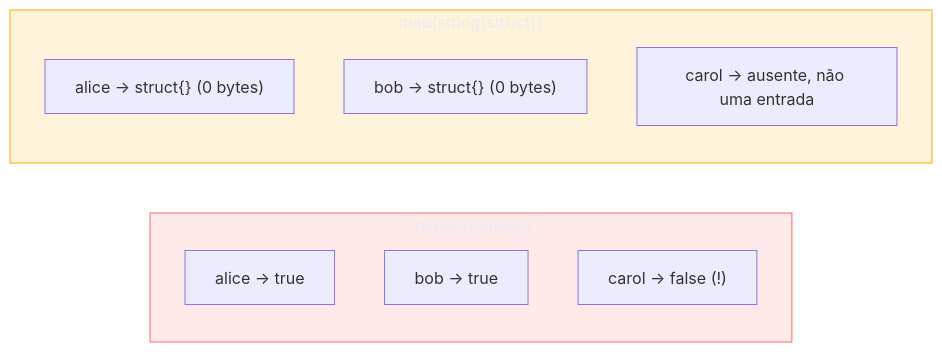
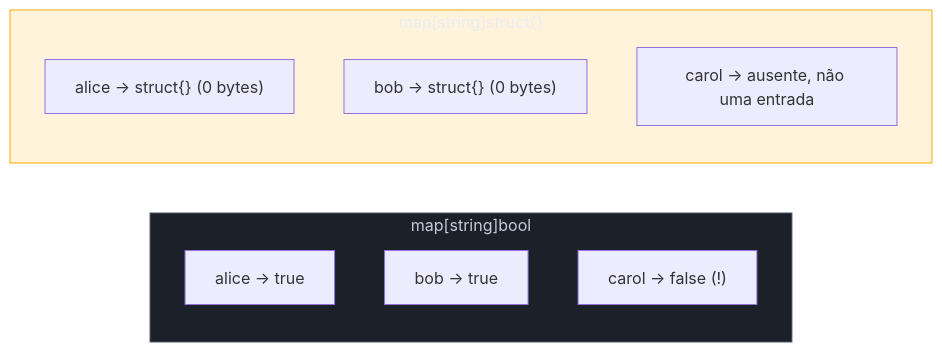
The second of 2 diagrams in 03-Dominios/Tecnologia/Go/05 - Coleções e dados/08 - Escolhendo a estrutura de dados certa.md (josenaldo/codex-technomanticus), drawn with Mermaid before and after one commit. The commit also changed 601 other files, not shown here.

````diff
--- a/03-Dominios/Tecnologia/Go/05 - Coleções e dados/08 - Escolhendo a estrutura de dados certa.md
+++ b/03-Dominios/Tecnologia/Go/05 - Coleções e dados/08 - Escolhendo a estrutura de dados certa.md
@@ -94,20 +94,20 @@
 ```mermaid
 flowchart LR
-    classDef falha fill:#FF6B6B24,stroke:#FF6B6B,color:#E9ECF2
+    classDef neutro fill:#1B2029,stroke:#4E5666,color:#C6CCD8
     classDef destaque fill:#FFAA0024,stroke:#FFAA00,color:#E9ECF2
     subgraph BoolSet["map[string]bool"]
         direction TB
         B1["alice → true"]
         B2["bob → true"]
         B3["carol → false (!) "]
     end
     subgraph StructSet["map[string]struct{}"]
         direction TB
         S1["alice → struct{} (0 bytes)"]
         S2["bob → struct{} (0 bytes)"]
         S3["carol → ausente, não uma entrada"]
     end
 
-    class BoolSet falha
+    class BoolSet neutro
     class StructSet destaque
 ```
````
